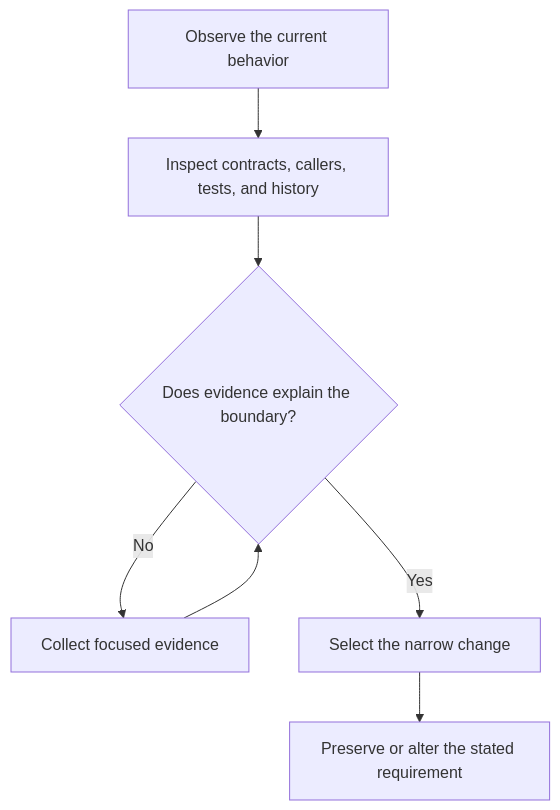
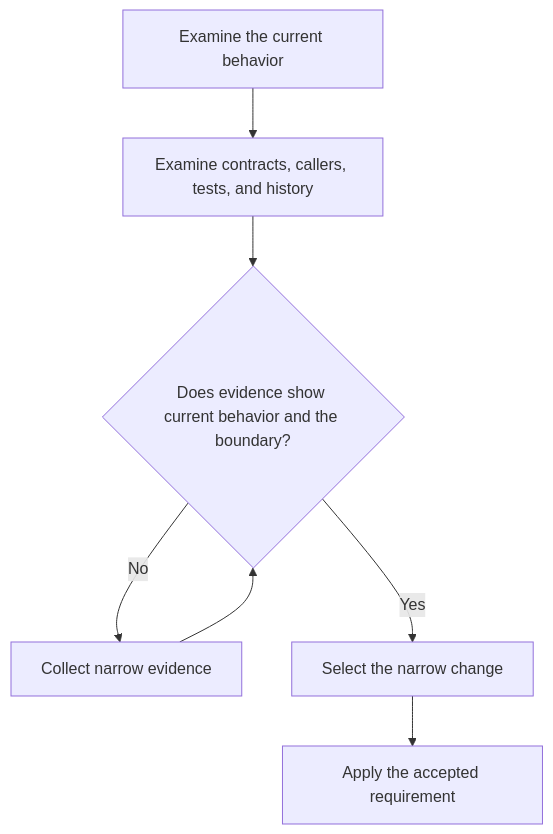
One commit to HomericIntelligence/Athena changed the diagram in docs/principles/details/p012-evidence-before-modification.md. Above: the diagram before and after it, drawn with Mermaid. The commit also changed other lines of this file and 91 other files, not shown here.

````diff
--- a/docs/principles/details/p012-evidence-before-modification.md
+++ b/docs/principles/details/p012-evidence-before-modification.md
@@ -33,9 +35,9 @@
 ```mermaid
 flowchart TD
-    A["Observe the current behavior"] --> B["Inspect contracts, callers, tests, and history"]
-    B --> C{"Does evidence explain the boundary?"}
-    C -->|No| D["Collect focused evidence"]
+    A["Examine the current behavior"] --> B["Examine contracts, callers, tests, and history"]
+    B --> C{"Does evidence show current behavior and the boundary?"}
+    C -->|No| D["Collect narrow evidence"]
     D --> C
     C -->|Yes| E["Select the narrow change"]
-    E --> F["Preserve or alter the stated requirement"]
+    E --> F["Apply the accepted requirement"]
 ```
````
